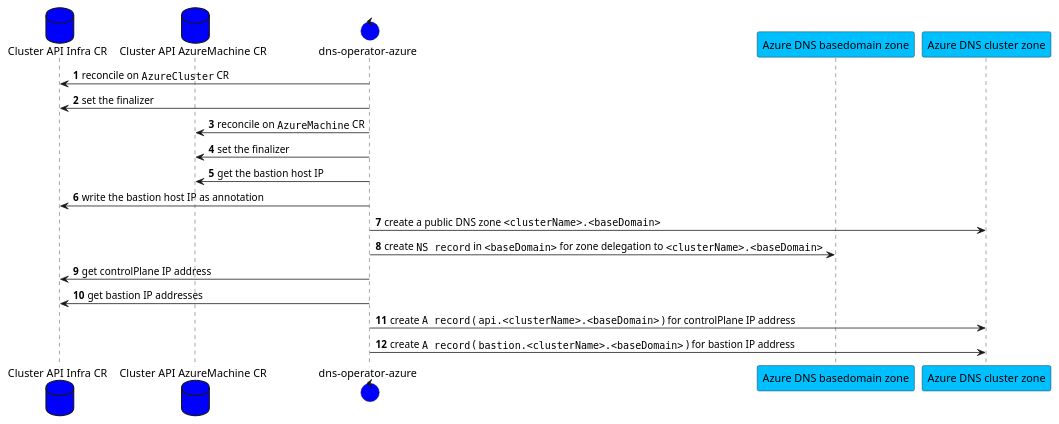
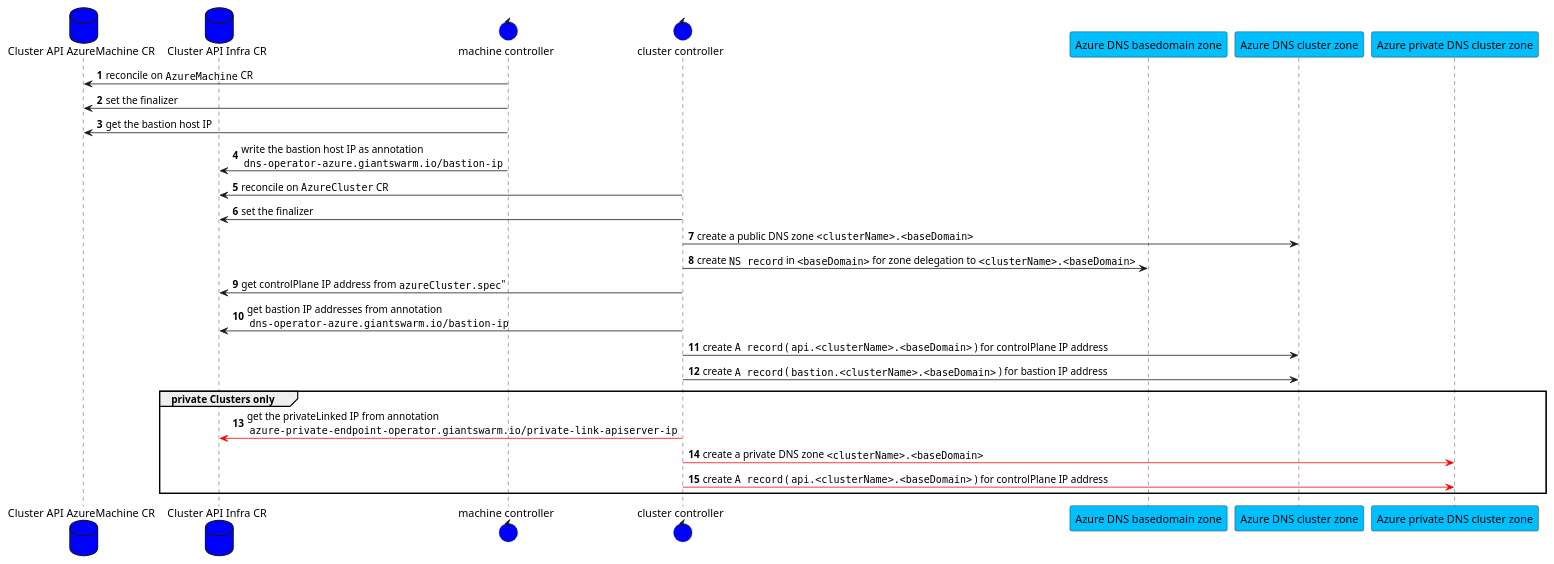
The diagram in dns-operator.puml (giantswarm/dns-operator-azure), drawn with PlantUML before and after one commit. The commit also changed 28 other files, not shown here.

Commit message:
support for private linked clusters (#79)

```diff
--- a/dns-operator.puml
+++ b/dns-operator.puml
@@ -1,23 +1,41 @@
 @startuml
 autonumber
 
+database "Cluster API AzureMachine CR" as capzMachineCR #blue
 database "Cluster API Infra CR" as capiInfraCR #blue
-database "Cluster API AzureMachine CR" as capzMachineCR #blue
-control "dns-operator-azure" as dnsOperator #blue
+
+control "machine controller" as dnsOperatorMachineController #blue
+control "cluster controller" as dnsOperatorClusterController #blue
+
+
 participant "Azure DNS basedomain zone" as azureDNSBasedomainZone #DeepSkyBlue
 participant "Azure DNS cluster zone" as azureDNSClusterZone #DeepSkyBlue
 
-dnsOperator -> capiInfraCR: reconcile on ""AzureCluster"" CR
-dnsOperator -> capiInfraCR: set the finalizer
-dnsOperator -> capzMachineCR: reconcile on ""AzureMachine"" CR
-dnsOperator -> capzMachineCR: set the finalizer
-dnsOperator -> capzMachineCR: get the bastion host IP
-dnsOperator -> capiInfraCR: write the bastion host IP as annotation
-dnsOperator -> azureDNSClusterZone: create a public DNS zone ""<clusterName>.<baseDomain>""
-dnsOperator -> azureDNSBasedomainZone: create ""NS record"" in ""<baseDomain>"" for zone delegation to ""<clusterName>.<baseDomain>""
-dnsOperator -> capiInfraCR: get controlPlane IP address
-dnsOperator -> capiInfraCR: get bastion IP addresses
-dnsOperator -> azureDNSClusterZone: create ""A record"" ( ""api.<clusterName>.<baseDomain>"" ) for controlPlane IP address
-dnsOperator -> azureDNSClusterZone: create ""A record"" ( ""bastion.<clusterName>.<baseDomain>"" ) for bastion IP address
+participant "Azure private DNS cluster zone" as azurePrivateDNSClusterZone #DeepSkyBlue
+
+dnsOperatorMachineController -> capzMachineCR: reconcile on ""AzureMachine"" CR
+dnsOperatorMachineController -> capzMachineCR: set the finalizer
+dnsOperatorMachineController -> capzMachineCR: get the bastion host IP
+dnsOperatorMachineController -> capiInfraCR: write the bastion host IP as annotation\n ""dns-operator-azure.giantswarm.io/bastion-ip""
+
+dnsOperatorClusterController -> capiInfraCR: reconcile on ""AzureCluster"" CR
+dnsOperatorClusterController -> capiInfraCR: set the finalizer
+dnsOperatorClusterController -> azureDNSClusterZone: create a public DNS zone ""<clusterName>.<baseDomain>""
+dnsOperatorClusterController -> azureDNSBasedomainZone: create ""NS record"" in ""<baseDomain>"" for zone delegation to ""<clusterName>.<baseDomain>""
+
+
+dnsOperatorClusterController -> capiInfraCR: get controlPlane IP address from ""azureCluster.spec"""
+dnsOperatorClusterController -> capiInfraCR: get bastion IP addresses from annotation\n ""dns-operator-azure.giantswarm.io/bastion-ip""
+dnsOperatorClusterController -> azureDNSClusterZone: create ""A record"" ( ""api.<clusterName>.<baseDomain>"" ) for controlPlane IP address
+dnsOperatorClusterController -> azureDNSClusterZone: create ""A record"" ( ""bastion.<clusterName>.<baseDomain>"" ) for bastion IP address
+
+group private Clusters only
+
+dnsOperatorClusterController -[#red]> capiInfraCR: get the privateLinked IP from annotation\n ""azure-private-endpoint-operator.giantswarm.io/private-link-apiserver-ip""
+dnsOperatorClusterController -[#red]> azurePrivateDNSClusterZone: create a private DNS zone ""<clusterName>.<baseDomain>""
+dnsOperatorClusterController -[#red]> azurePrivateDNSClusterZone: create ""A record"" ( ""api.<clusterName>.<baseDomain>"" ) for controlPlane IP address
+
+end
+
 
 @enduml
```
